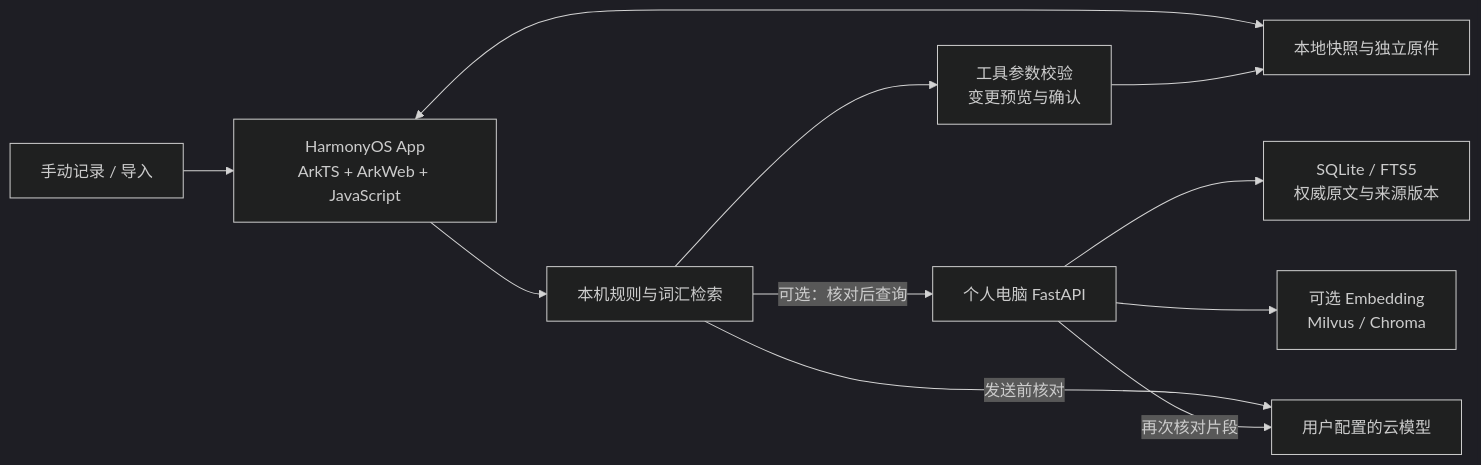
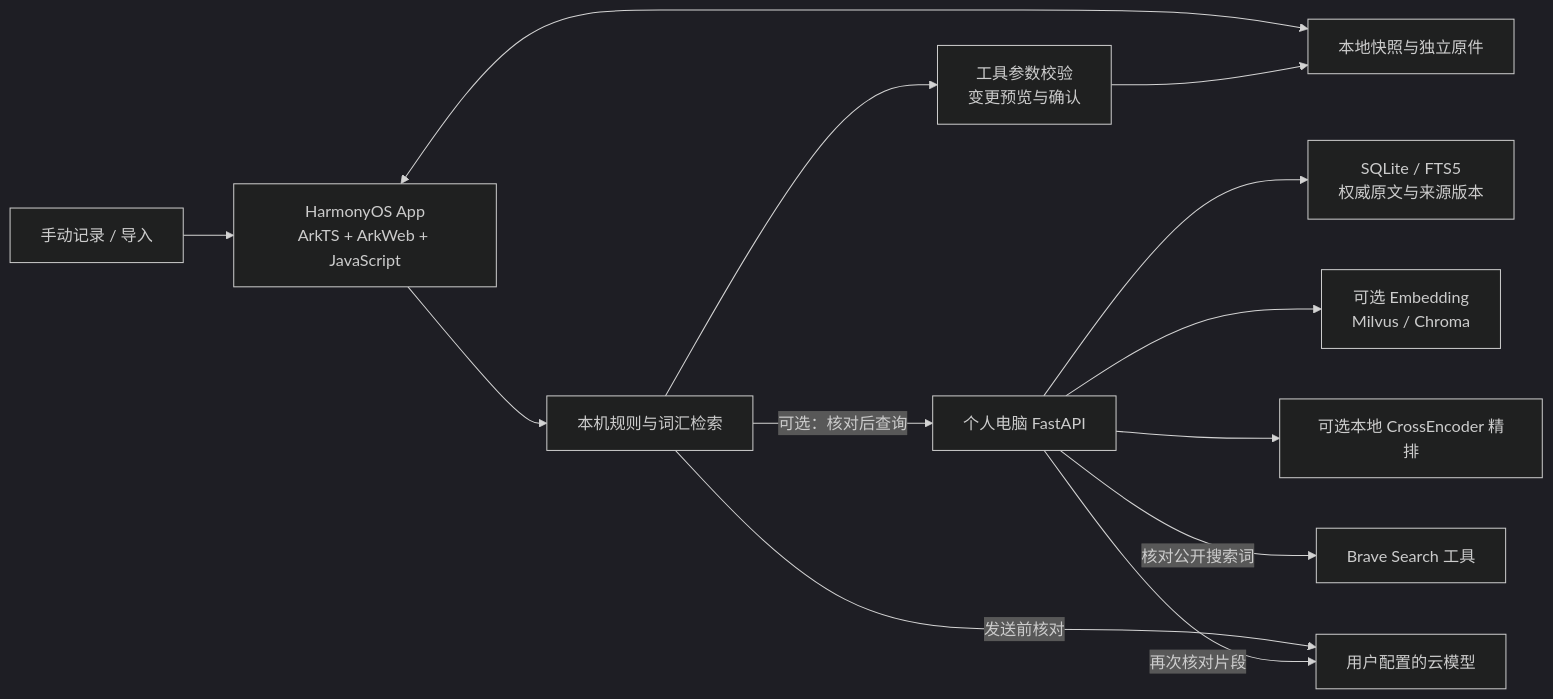
Before and after one commit to jiajunlin949-stack/xixu-planner: the diagram in README.md, drawn with Mermaid (dark theme). The commit also changed other lines of this file and 43 other files, not shown here.

````diff
--- a/README.md
+++ b/README.md
@@ -102,13 +102,15 @@
 ```mermaid
 flowchart LR
     U["手动记录 / 导入"] --> A["HarmonyOS App<br/>ArkTS + ArkWeb + JavaScript"]
     A --> L["本机规则与词汇检索"]
     A <--> S["本地快照与独立原件"]
     L --> T["工具参数校验<br/>变更预览与确认"]
     T --> S
     L -->|"可选：核对后查询"| P["个人电脑 FastAPI"]
     P --> D["SQLite / FTS5<br/>权威原文与来源版本"]
     P --> V["可选 Embedding<br/>Milvus / Chroma"]
+    P --> R["可选本地 CrossEncoder 精排"]
+    P -->|"核对公开搜索词"| W["Brave Search 工具"]
     L -->|"发送前核对"| M["用户配置的云模型"]
     P -->|"再次核对片段"| M
 ```
````
